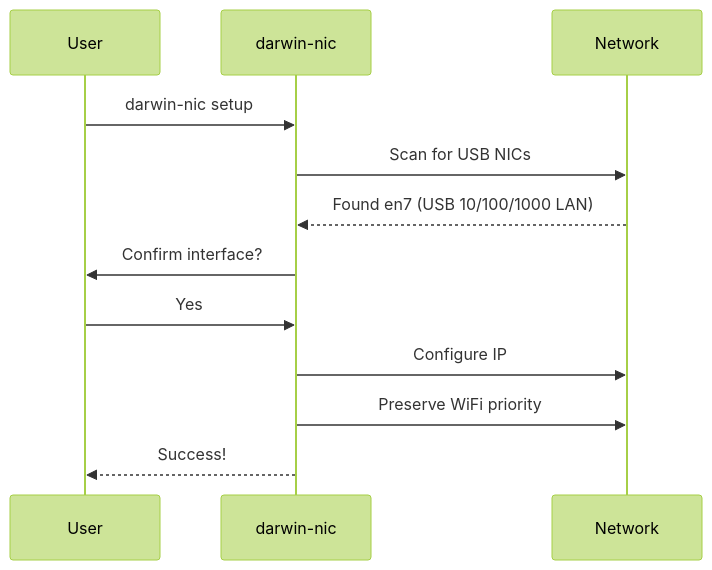
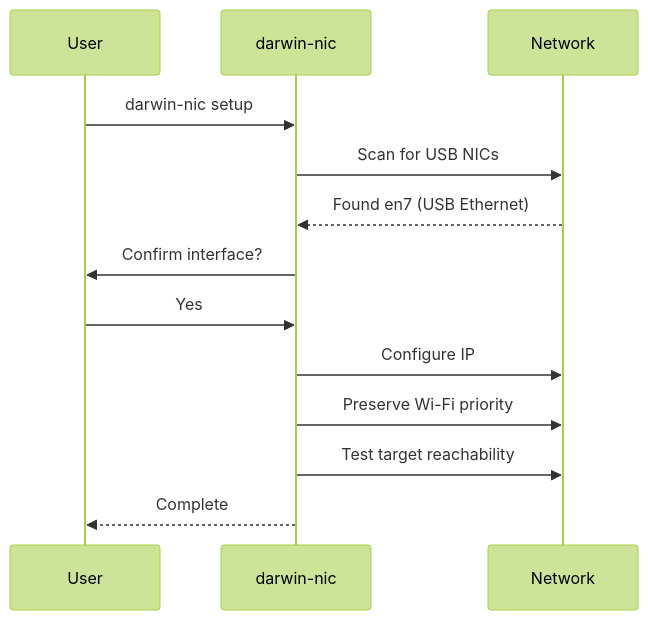
Before and after one commit to Jesssullivan/DarwinNicUtil: the diagram in docs/quickstart.md, drawn with Mermaid (forest theme). The commit also changed other lines of this file and 48 other files, not shown here.

````diff
--- a/docs/quickstart.md
+++ b/docs/quickstart.md
@@ -43,15 +47,16 @@
 ```mermaid
 sequenceDiagram
     participant U as User
     participant D as darwin-nic
     participant N as Network
 
     U->>D: darwin-nic setup
     D->>N: Scan for USB NICs
-    N-->>D: Found en7 (USB 10/100/1000 LAN)
+    N-->>D: Found en7 (USB Ethernet)
     D->>U: Confirm interface?
     U->>D: Yes
     D->>N: Configure IP
-    D->>N: Preserve WiFi priority
-    D-->>U: Success!
+    D->>N: Preserve Wi-Fi priority
+    D->>N: Test target reachability
+    D-->>U: Complete
 ```
````
